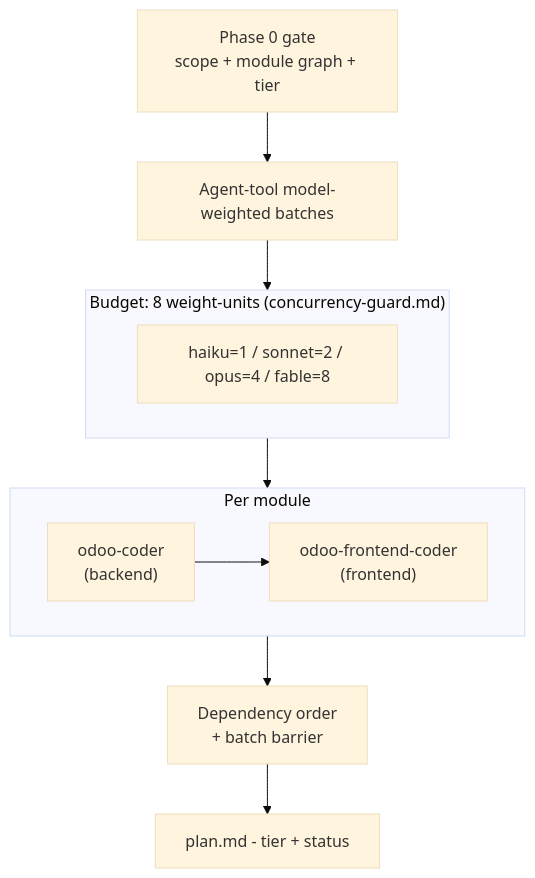
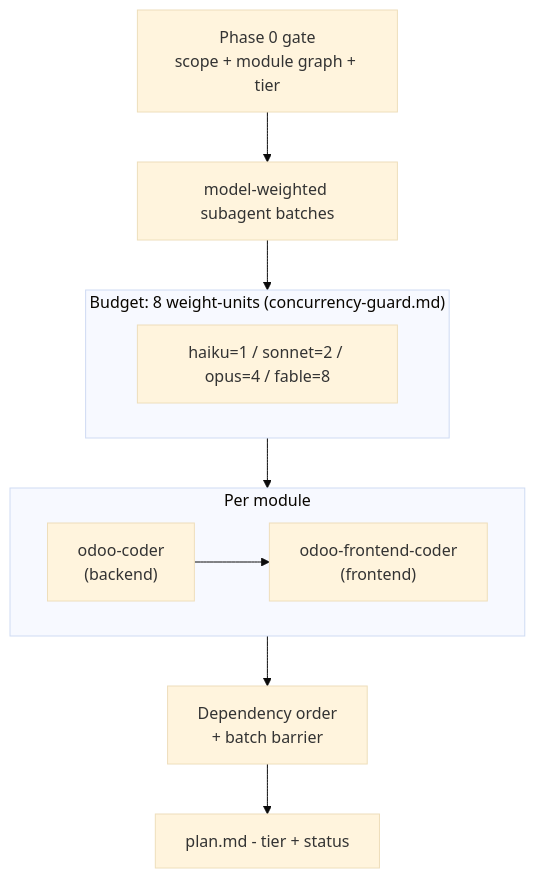
Before and after one commit to Viindoo/odoo-mcp-client: the third of 6 diagrams in plugins/odoo-ai-agents/README.md, drawn with Mermaid (base theme). The commit also changed other lines of this file and 28 other files, not shown here.

Commit message:
refactor(odoo-ai-agents): delabel residual depth-0 run-driver + Agent-tool->subagent wording for consistency

````diff
--- a/plugins/odoo-ai-agents/README.md
+++ b/plugins/odoo-ai-agents/README.md
@@ -254,19 +254,19 @@
 ```mermaid
 flowchart TD
     GATE["Phase 0 gate<br/>scope + module graph + tier"]
-    GATE --> BATCH["Agent-tool model-weighted batches"]
+    GATE --> BATCH["model-weighted subagent batches"]
 
     subgraph BUDGET["Budget: 8 weight-units (concurrency-guard.md)"]
         W["haiku=1 / sonnet=2 / opus=4 / fable=8"]
     end
 
     BATCH --> BUDGET
 
     subgraph PERMOD["Per module"]
         BE["odoo-coder<br/>(backend)"] --> FE["odoo-frontend-coder<br/>(frontend)"]
     end
 
     BUDGET --> PERMOD
     PERMOD --> DEP["Dependency order<br/>+ batch barrier"]
     DEP --> PLAN["plan.md - tier + status"]
 ```
````
